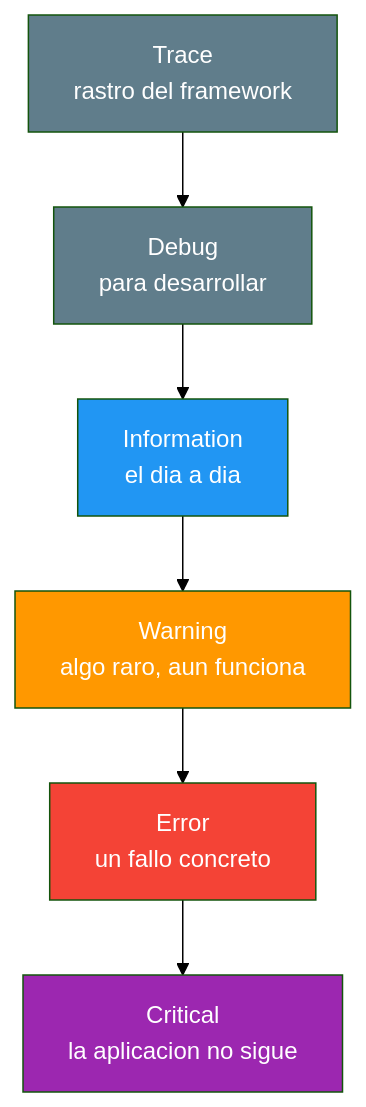
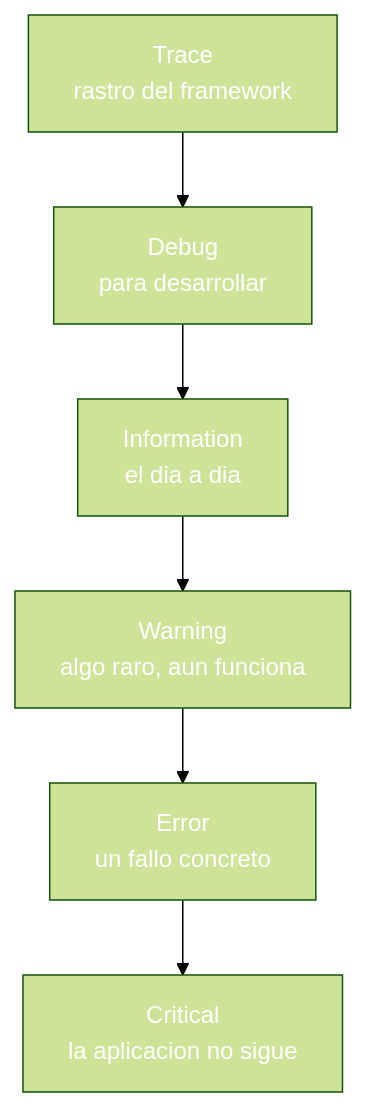
One commit to joseluisgs/DesarrolloWebEntornosServidor-03-2026-2027 changed the fifth of 6 diagrams in 23-herramientas-debug.md. Above: the diagram before and after it, drawn with Mermaid (forest theme). The commit also changed other lines of this file and 30 other files, not shown here.

````diff
--- a/23-herramientas-debug.md
+++ b/23-herramientas-debug.md
@@ -246,14 +246,14 @@
 ```mermaid
 graph TD
     T["Trace<br/>rastro del framework"] --> D["Debug<br/>para desarrollar"]
     D --> I["Information<br/>el dia a dia"]
     I --> W["Warning<br/>algo raro, aun funciona"]
     W --> E["Error<br/>un fallo concreto"]
     E --> C["Critical<br/>la aplicacion no sigue"]
-    style T fill:#607D8B,color:#fff
-    style D fill:#607D8B,color:#fff
-    style I fill:#2196F3,color:#fff
-    style W fill:#FF9800,color:#fff
-    style E fill:#f44336,color:#fff
-    style C fill:#9C27B0,color:#fff
+    style T fill:#607D8,color:#fffB,color:#fff
+    style D fill:#607D8,color:#fffB,color:#fff
+    style I fill:#2196F,color:#fff3,color:#fff
+    style W fill:#FF980,color:#fff0,color:#fff
+    style E fill:#f4433,color:#fff6,color:#fff
+    style C fill:#9C27B,color:#fff0,color:#fff
 ```
````
